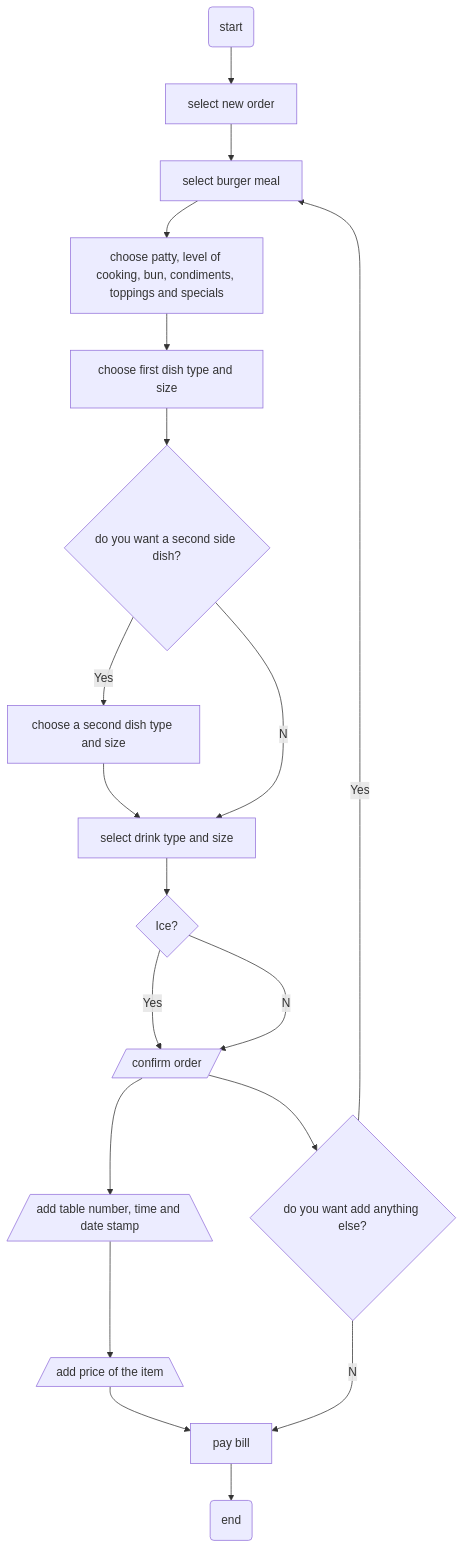
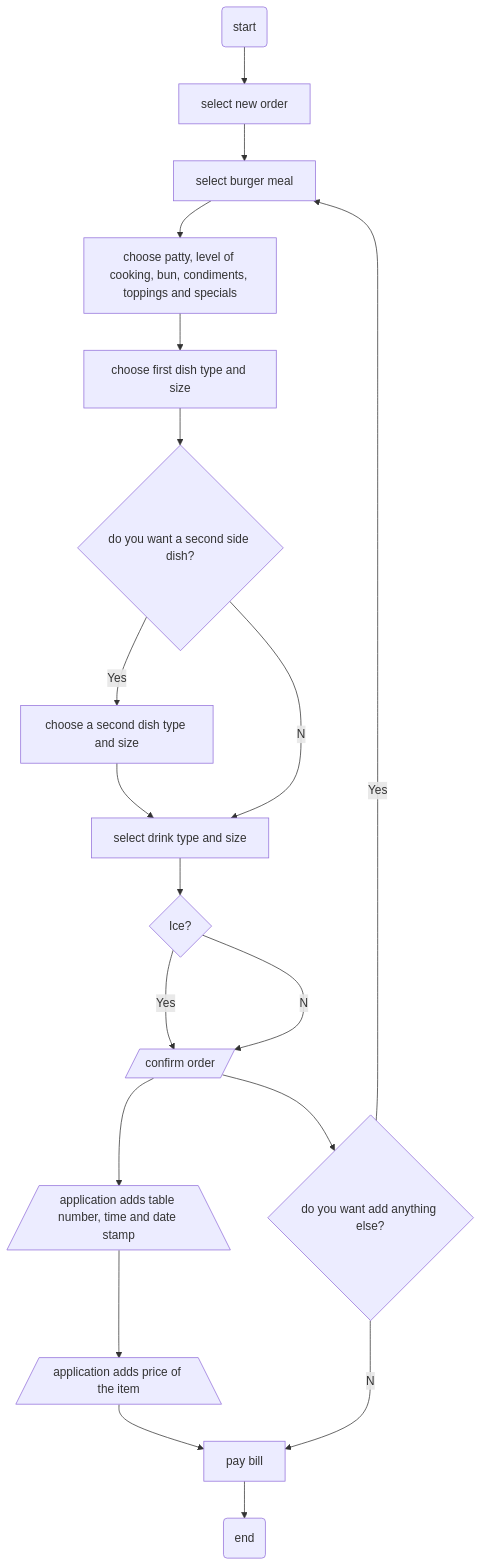
Before and after one commit to yusale9/student-showcase: the diagram in student-work/2022/Amichai-Klipstein/api-final-project/readme.md, drawn with Mermaid. The commit also changed other lines of this file, not shown here.

````diff
--- a/student-work/2022/Amichai-Klipstein/api-final-project/readme.md
+++ b/student-work/2022/Amichai-Klipstein/api-final-project/readme.md
@@ -6,22 +10,22 @@
 ```mermaid
   flowchart TD;
       A(start)-->B[select new order];
       B-->C[select burger meal];
       C-->D[choose patty, level of cooking, bun, condiments, toppings and specials]; 
       D-->E[choose first dish type and size];
       E-->F{do you want a second side dish?};
       F--Yes-->G[choose a second dish type and size];
       F--No-->H[select drink type and size];
       G-->H;
       H-->I{Ice?};
       I--Yes-->J[/confirm order/];
       I--No-->J;
-      J-->K[/add table number, time and date stamp\];
-      K-->L[/add price of the item\];
+      J-->K[/application adds table number, time and date stamp\];
+      K-->L[/application adds price of the item\];
       J-->M{do you want add anything else?};
       M--Yes-->C;
       M--No-->N[pay bill];
       L-->N;
       N-->O(end);
       
 ```
````
